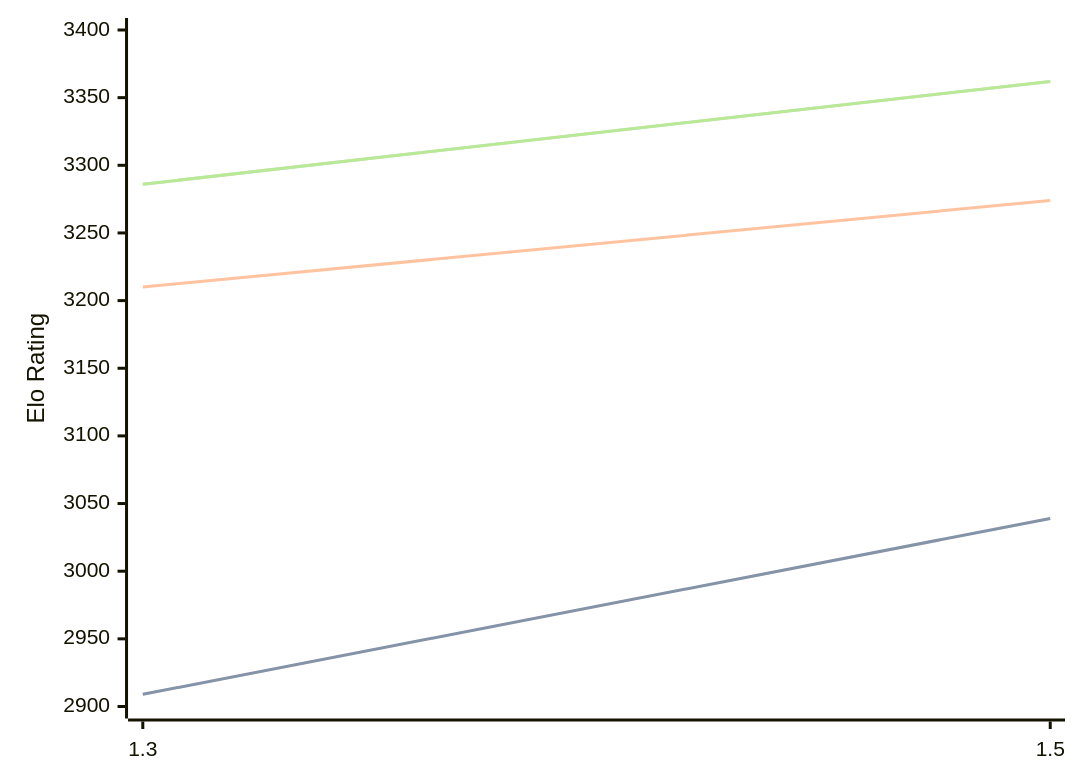
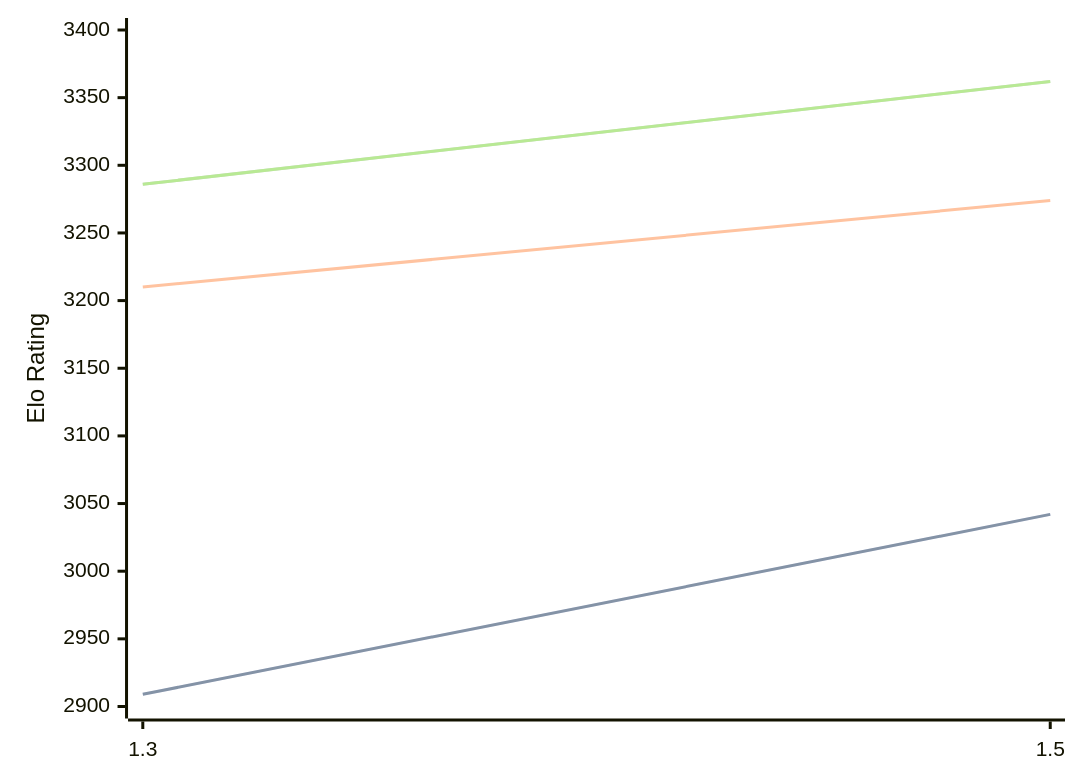
Before and after one commit to computer-chess-index/cci: the diagram in engines/Lambergar.md, drawn with Mermaid. The commit also changed other lines of this file, not shown here.

````diff
--- a/engines/Lambergar.md
+++ b/engines/Lambergar.md
@@ -32,11 +32,11 @@
 ```mermaid
 %%{init: {"theme":"base","themeVariables":{"seriesColors:['#a3a3a3','#222221','#faa371']}}}%%
 xychart-beta
   x-axis ["1.3", "1.5"]
   y-axis "Elo Rating" 2900 --> 3400
-  line "" [2909, 3039]
-  line "STC (8.0+0.08s)" [2909, 3039]
+  line "" [2909, 3042]
+  line "STC (8.0+0.08s)" [2909, 3042]
   line "LTC (60.0+0.60s)" [3210, 3274]
   line "" [3286, 3362]
   line "VLTC (2m24s+1.12s)" [3286, 3362]
 ```
````
